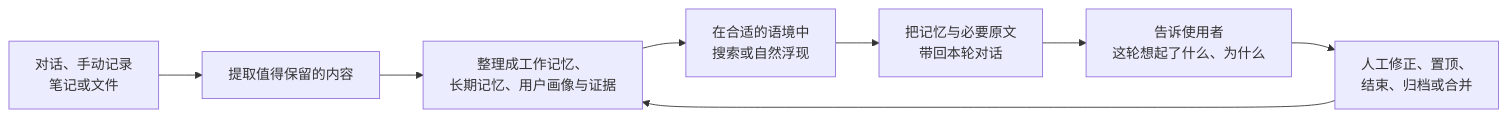
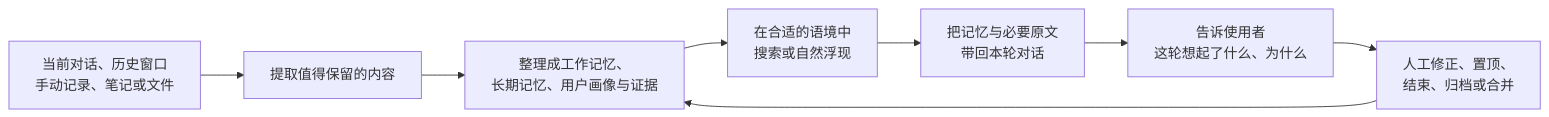
The diagram in README.md (TAra93-1/AZOTH_mem), drawn with Mermaid before and after one commit. The commit also changed other lines of this file and 1 other file, not shown here.

Commit message:
docs: document persona cascade and history timing

````diff
--- a/README.md
+++ b/README.md
@@ -80,10 +80,10 @@
 ```mermaid
 flowchart LR
-    A["对话、手动记录<br/>笔记或文件"] --> B["提取值得保留的内容"]
+    A["当前对话、历史窗口<br/>手动记录、笔记或文件"] --> B["提取值得保留的内容"]
     B --> C["整理成工作记忆、<br/>长期记忆、用户画像与证据"]
     C --> D["在合适的语境中<br/>搜索或自然浮现"]
     D --> E["把记忆与必要原文<br/>带回本轮对话"]
     E --> F["告诉使用者<br/>这轮想起了什么、为什么"]
     F --> G["人工修正、置顶、<br/>结束、归档或合并"]
     G --> C
 ```
````
